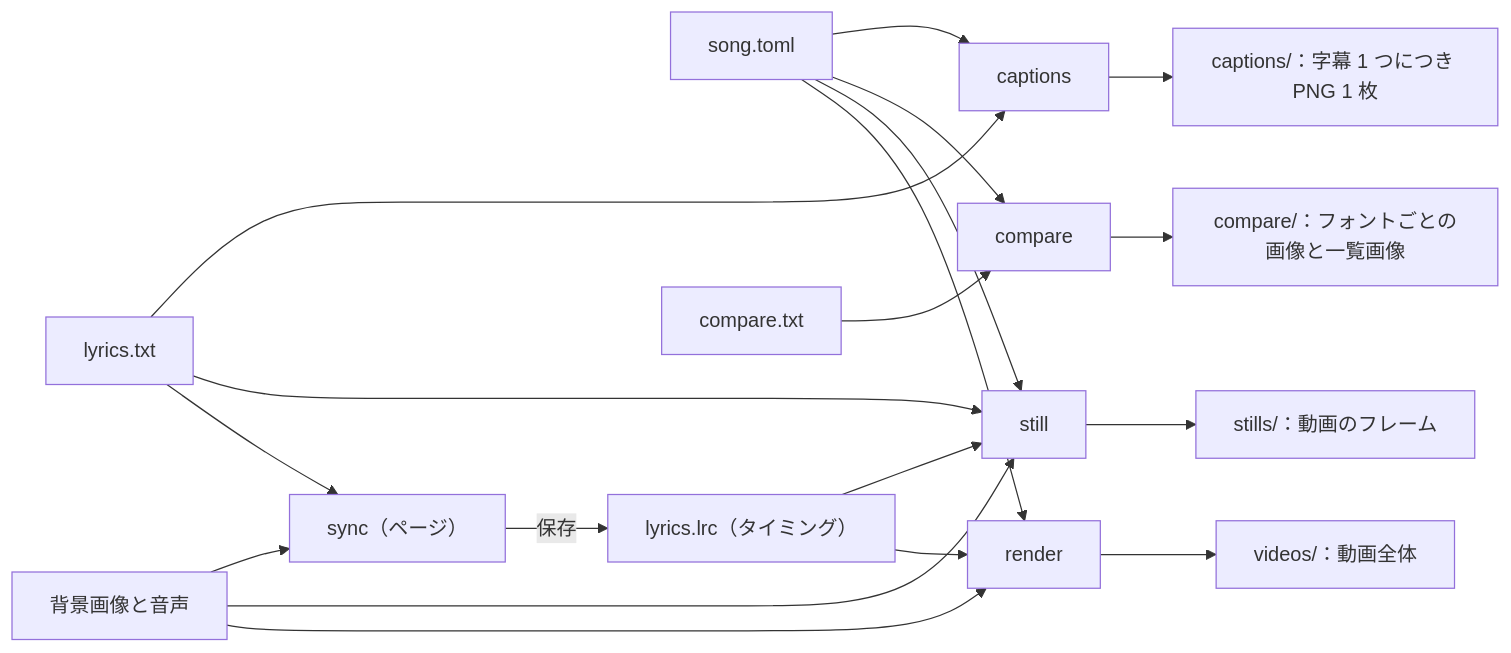
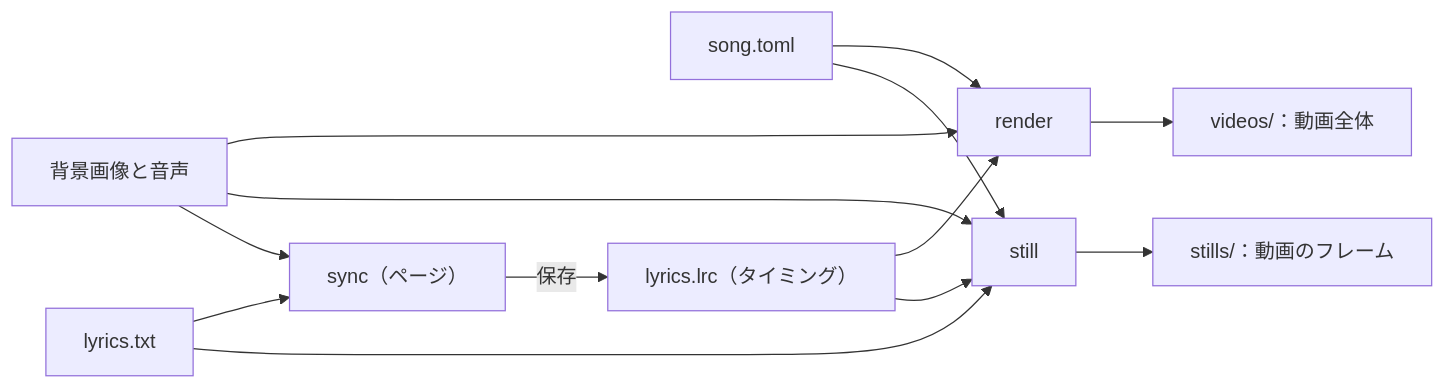
The diagram in docs/ja/USER_GUIDE.md (musica-sanare/lyrics-video-app), drawn with Mermaid before and after one commit. The commit also changed other lines of this file and 27 other files, not shown here.

````diff
--- a/docs/ja/USER_GUIDE.md
+++ b/docs/ja/USER_GUIDE.md
@@ -14,28 +13,20 @@
 ```mermaid
 flowchart LR
   song["song.toml"]
   lyrics["lyrics.txt"]
   timing["lyrics.lrc（タイミング）"]
-  comparetxt["compare.txt"]
   media["背景画像と音声"]
-  captions["captions"]
-  compare["compare"]
   still["still"]
   render["render"]
   sync["sync（ページ）"]
-  outCaptions["captions/：字幕 1 つにつき PNG 1 枚"]
-  outCompare["compare/：フォントごとの画像と一覧画像"]
   outStills["stills/：動画のフレーム"]
   outVideos["videos/：動画全体"]
-  song --> captions & compare & still & render
-  lyrics --> captions & still
+  song --> still & render
+  lyrics --> still
   timing --> still & render
   lyrics & media --> sync
   sync -->|保存| timing
-  comparetxt --> compare
   media --> still & render
   render --> outVideos
-  captions --> outCaptions
-  compare --> outCompare
   still --> outStills
 ```
````
